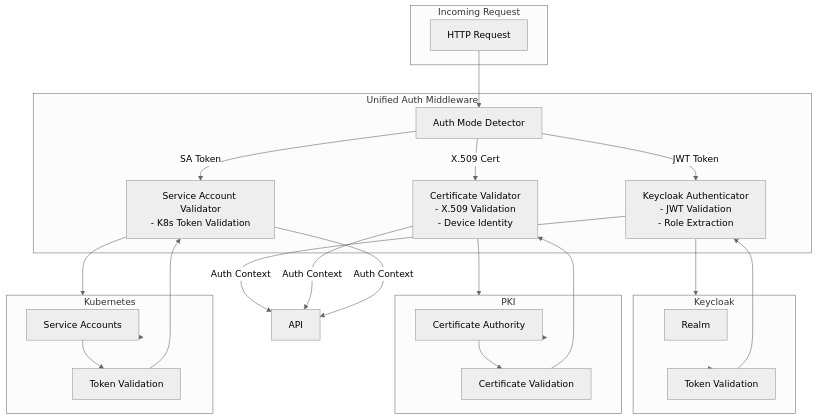
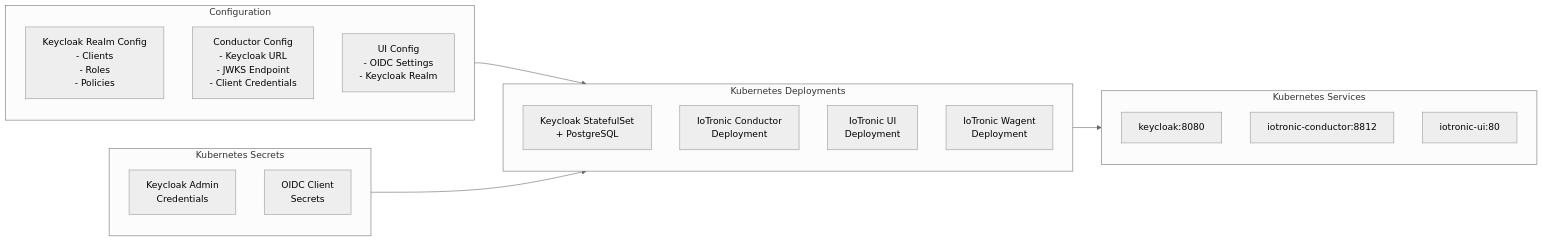
One commit to lucadagati/DS_projects_25 changed the third of 3 diagrams in progetto2_retrospect_keycloak_en.md. Above: the diagram before and after it, drawn with Mermaid (neutral theme). The commit also changed other lines of this file and 1 other file, not shown here.

````diff
--- a/progetto2_retrospect_keycloak_en.md
+++ b/progetto2_retrospect_keycloak_en.md
@@ -337,51 +184,30 @@
 ```mermaid
-graph TB
-    subgraph Request["Incoming Request"]
-        HTTP["HTTP Request"]
+graph LR
+    subgraph Config["Configuration"]
+        KeycloakConfig["Keycloak Realm Config<br/>- Clients<br/>- Roles<br/>- Policies"]
+        ConductorConfig["Conductor Config<br/>- Keycloak URL<br/>- JWKS Endpoint<br/>- Client Credentials"]
+        UIConfig["UI Config<br/>- OIDC Settings<br/>- Keycloak Realm"]
     end
     
-    subgraph AuthMW["Unified Auth Middleware"]
-        Detector["Auth Mode Detector"]
-        KeycloakAuth["Keycloak Authenticator<br/>- JWT Validation<br/>- Role Extraction"]
-        CertAuth["Certificate Validator<br/>- X.509 Validation<br/>- Device Identity"]
-        SAAuth["Service Account Validator<br/>- K8s Token Validation"]
+    subgraph Deployments["Kubernetes Deployments"]
+        KeycloakDep["Keycloak StatefulSet<br/>+ PostgreSQL"]
+        ConductorDep["IoTronic Conductor<br/>Deployment"]
+        UIDep["IoTronic UI<br/>Deployment"]
+        WAgentDep["IoTronic Wagent<br/>Deployment"]
     end
     
-    subgraph Keycloak["Keycloak"]
-        Realm["Realm"]
-        Validation["Token Validation"]
+    subgraph Services["Kubernetes Services"]
+        KeycloakSvc["keycloak:8080"]
+        ConductorSvc["iotronic-conductor:8812"]
+        UISvc["iotronic-ui:80"]
     end
     
-    subgraph PKI["PKI"]
-        CA["Certificate Authority"]
-        CertVal["Certificate Validation"]
+    subgraph Secrets["Kubernetes Secrets"]
+        KeycloakSecret["Keycloak Admin<br/>Credentials"]
+        ClientSecret["OIDC Client<br/>Secrets"]
     end
     
-    subgraph K8s["Kubernetes"]
-        SA["Service Accounts"]
-        TokenVal["Token Validation"]
-    end
-    
-    HTTP --> Detector
-    Detector -->|JWT Token| KeycloakAuth
-    Detector -->|X.509 Cert| CertAuth
-    Detector -->|SA Token| SAAuth
-    
-    KeycloakAuth --> Keycloak
-    Keycloak --> Validation
-    Validation --> KeycloakAuth
-    
-    CertAuth --> PKI
-    PKI --> CA
-    CA --> CertVal
-    CertVal --> CertAuth
-    
-    SAAuth --> K8s
-    K8s --> SA
-    SA --> TokenVal
-    TokenVal --> SAAuth
-    
-    KeycloakAuth -->|Auth Context| API
-    CertAuth -->|Auth Context| API
-    SAAuth -->|Auth Context| API
+    Config --> Deployments
+    Secrets --> Deployments
+    Deployments --> Services
 ```
````
